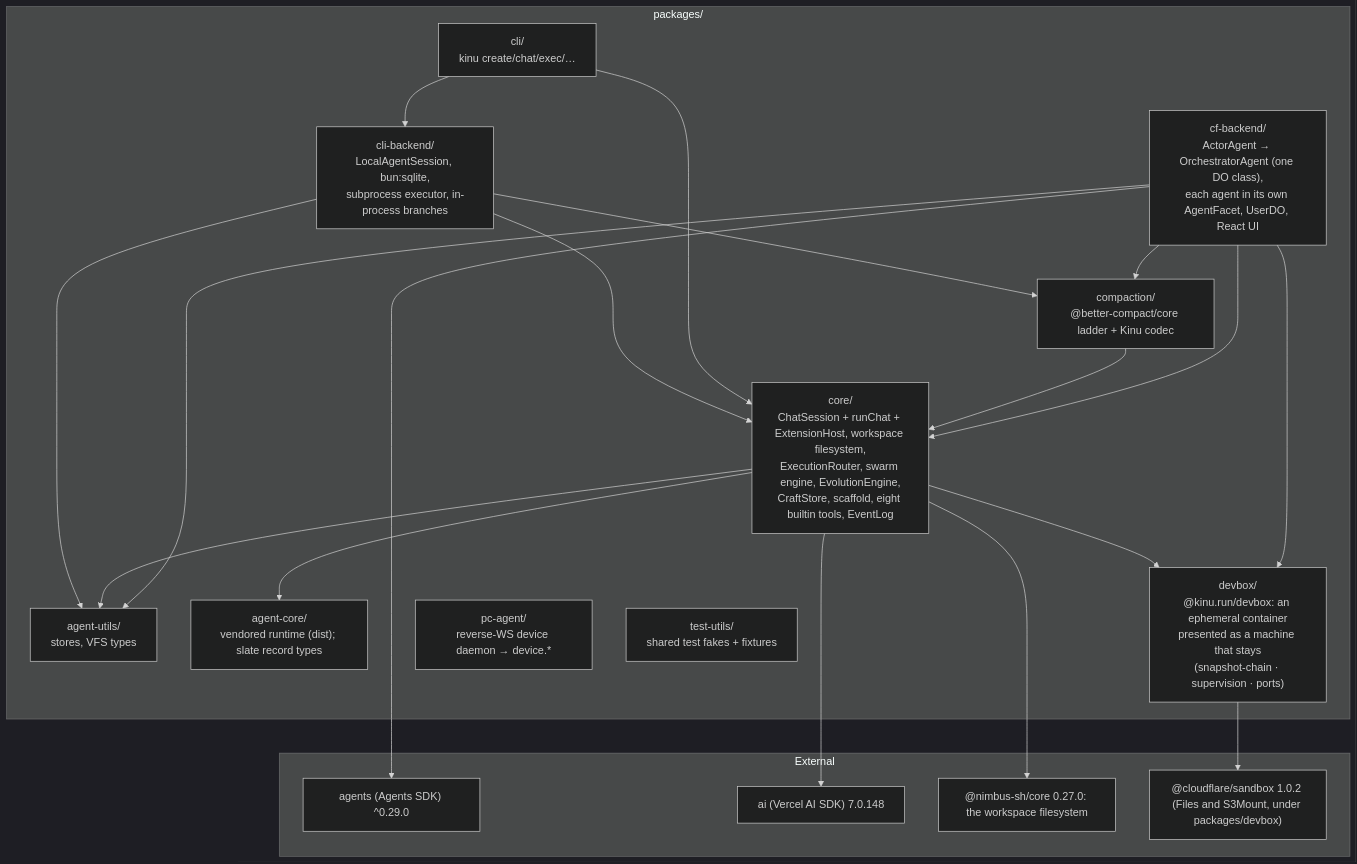
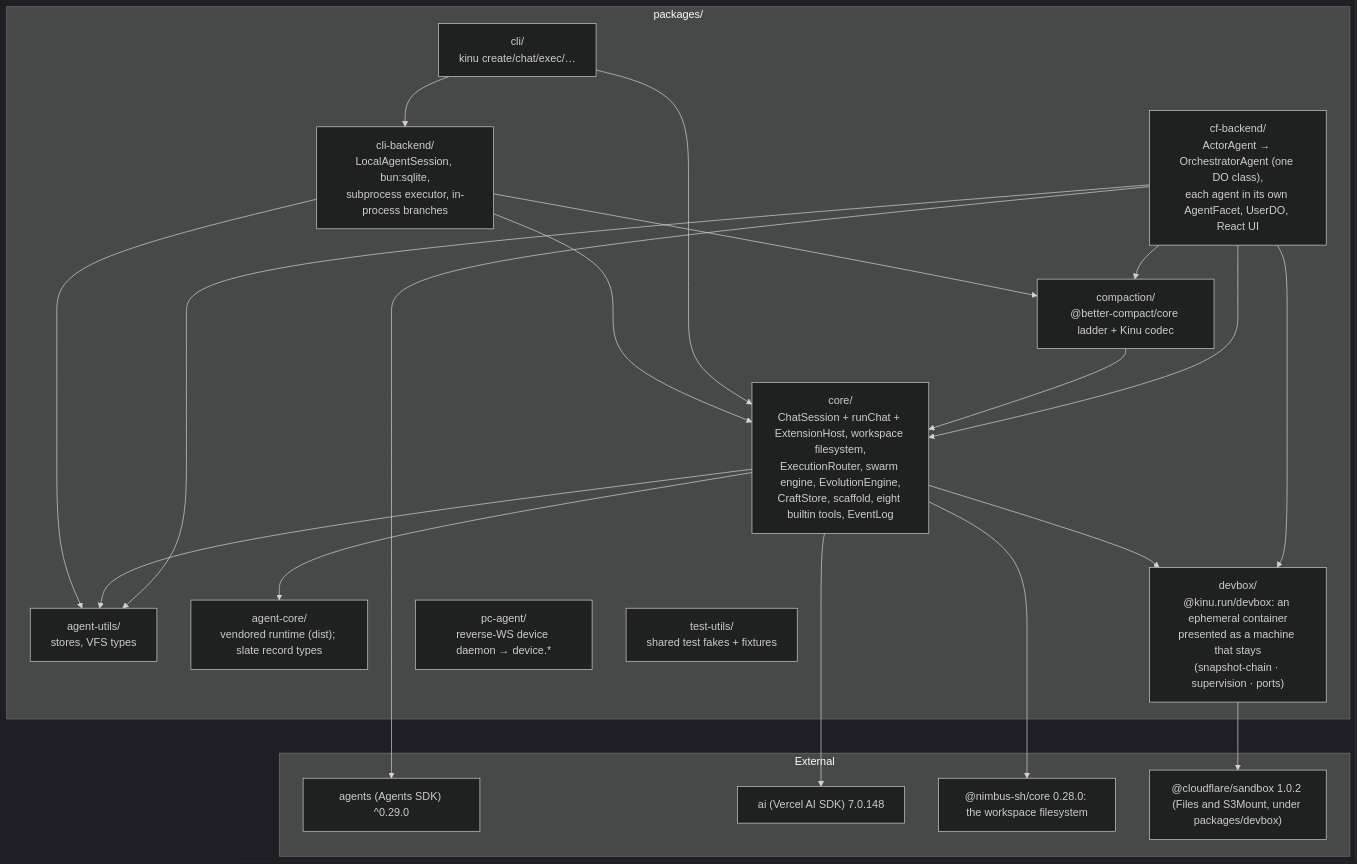
One commit to AshishKumar4/kinu changed the fifth of 5 diagrams in docs/ARCHITECTURE.md. Above: the diagram before and after it, drawn with Mermaid (dark theme). The commit also changed 14 other files, not shown here.

First line of the commit message:
chore: Nimbus core 0.28, worker 0.26, sdk 0.22 and cpython 3.13.14-4

````diff
--- a/docs/ARCHITECTURE.md
+++ b/docs/ARCHITECTURE.md
@@ -526,41 +526,41 @@
 ```mermaid
 graph TB
     subgraph pkgs["packages/"]
         Core["core/<br/>ChatSession + runChat + ExtensionHost, workspace filesystem,<br/>ExecutionRouter, swarm engine, EvolutionEngine,<br/>CraftStore, scaffold, eight builtin tools, EventLog"]
         CF["cf-backend/<br/>ActorAgent → OrchestratorAgent (one DO class),<br/>each agent in its own AgentFacet, UserDO, React UI"]
         Utils["agent-utils/<br/>stores, VFS types"]
         AC["agent-core/<br/>vendored runtime (dist); slate record types"]
         Compact["compaction/<br/>@better-compact/core ladder + Kinu codec"]
         Devbox["devbox/<br/>@kinu.run/devbox: an ephemeral container<br/>presented as a machine that stays<br/>(snapshot-chain · supervision · ports)"]
         CLI["cli/<br/>kinu create/chat/exec/…"]
         CLIB["cli-backend/<br/>LocalAgentSession, bun:sqlite,<br/>subprocess executor, in-process branches"]
         PC["pc-agent/<br/>reverse-WS device daemon → device.*"]
         TU["test-utils/<br/>shared test fakes + fixtures"]
     end
 
     CF --> Core
     CF --> Utils
     CF --> Compact
     CF --> Devbox
     Core --> AC
     Core --> Utils
     Core --> Devbox
     Compact --> Core
     CLI --> Core
     CLI --> CLIB
     CLIB --> Core
     CLIB --> Utils
     CLIB --> Compact
 
     subgraph ext["External"]
         Agents["agents (Agents SDK) ^0.29.0"]
         AISDK["ai (Vercel AI SDK) 7.0.148"]
-        Nimbus["@nimbus-sh/core 0.27.0: the workspace filesystem"]
+        Nimbus["@nimbus-sh/core 0.28.0: the workspace filesystem"]
         Sandbox["@cloudflare/sandbox 1.0.2 (Files and S3Mount, under packages/devbox)"]
     end
 
     CF --> Agents
     Core --> AISDK
     Core --> Nimbus
     Devbox --> Sandbox
 ```
````
